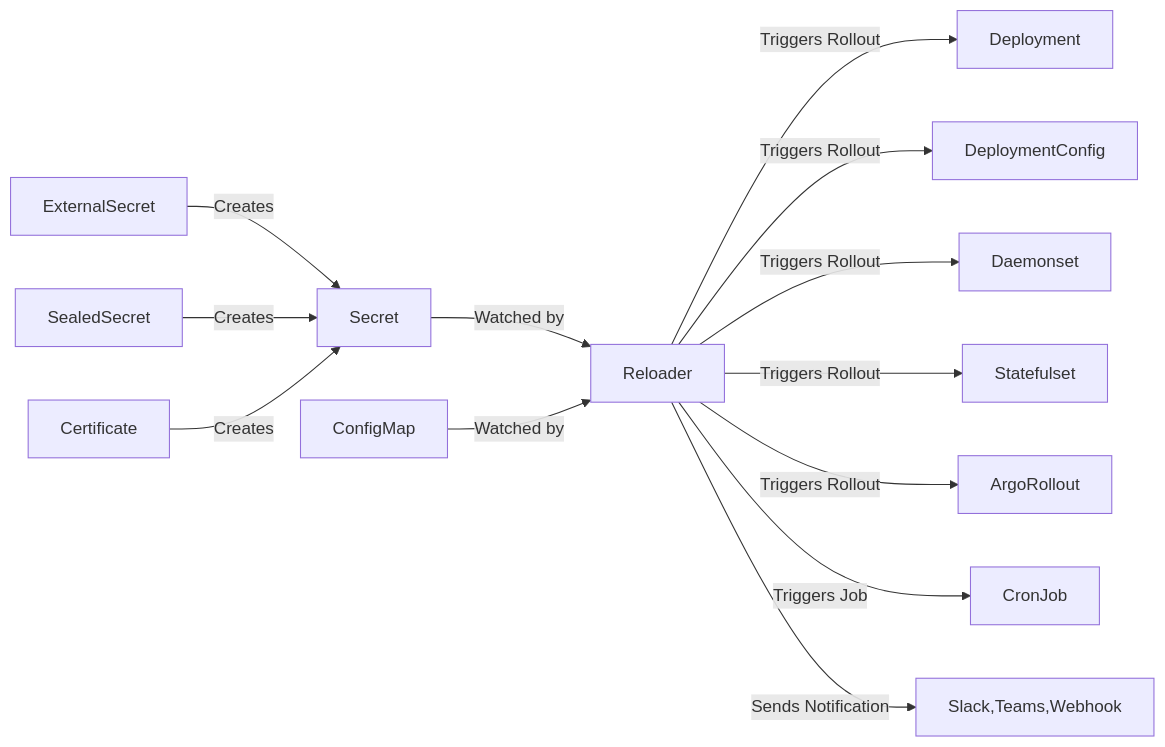
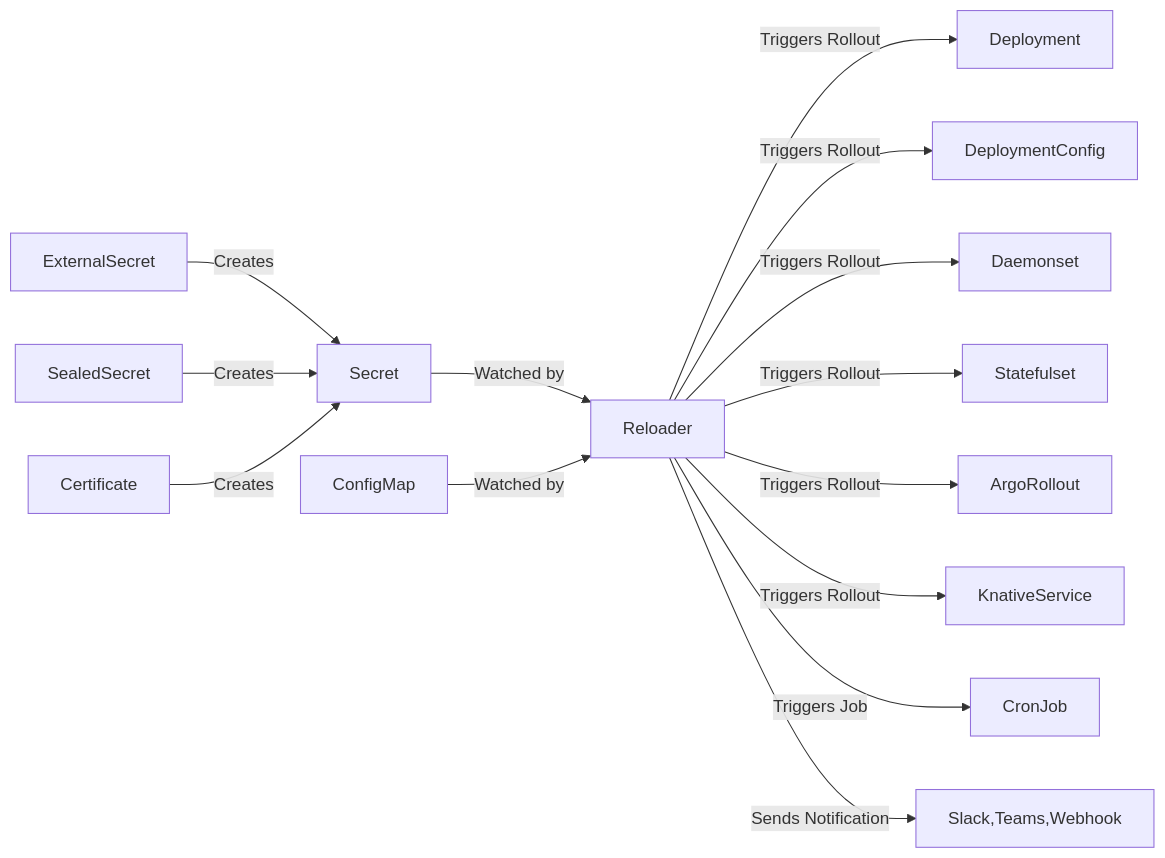
One commit to stakater/Reloader changed the diagram in README.md. Above: the diagram before and after it, drawn with Mermaid. The commit also changed other lines of this file and 10 other files, not shown here.

First line of the commit message:
feat: Add Knative Service support to Reloader

````diff
--- a/README.md
+++ b/README.md
@@ -31,16 +31,17 @@
 ```mermaid
 flowchart LR
   ExternalSecret -->|Creates| Secret
   SealedSecret -->|Creates| Secret
   Certificate -->|Creates| Secret
   Secret -->|Watched by| Reloader
   ConfigMap -->|Watched by| Reloader
 
   Reloader -->|Triggers Rollout| Deployment
   Reloader -->|Triggers Rollout| DeploymentConfig
   Reloader -->|Triggers Rollout| Daemonset
   Reloader -->|Triggers Rollout| Statefulset
   Reloader -->|Triggers Rollout| ArgoRollout
+  Reloader -->|Triggers Rollout| KnativeService
   Reloader -->|Triggers Job| CronJob
   Reloader -->|Sends Notification| Slack,Teams,Webhook
 ```
````
